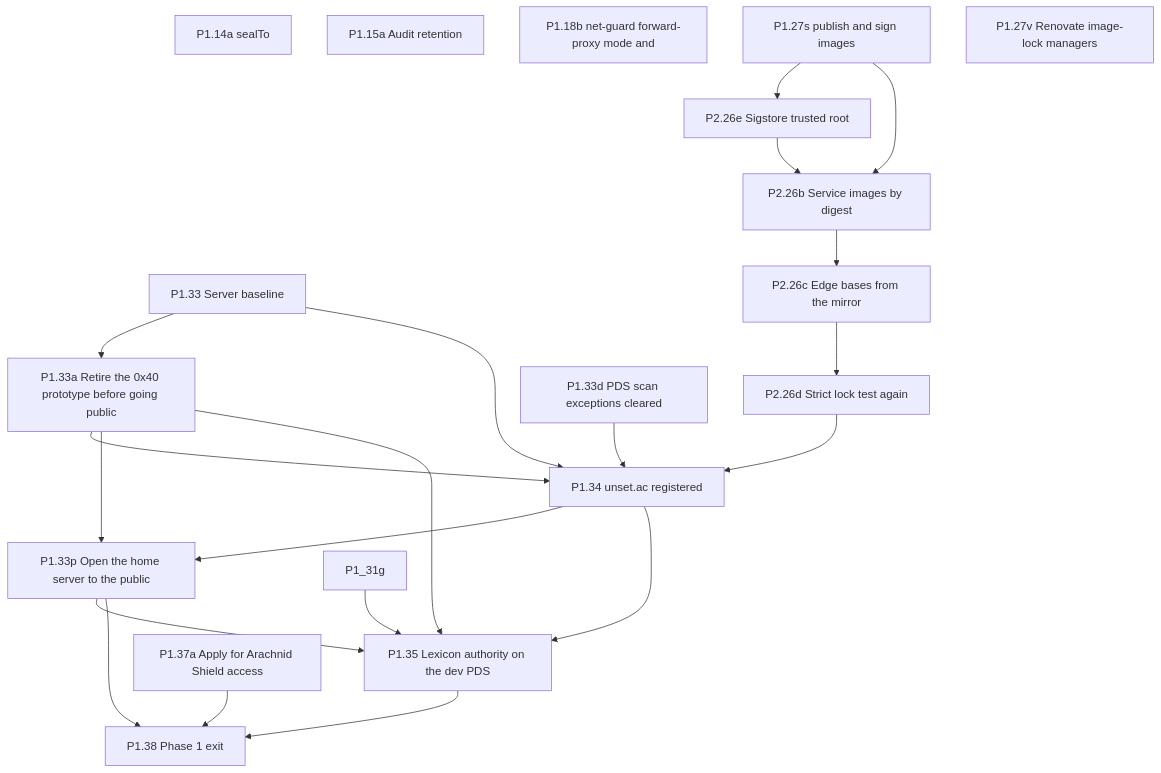
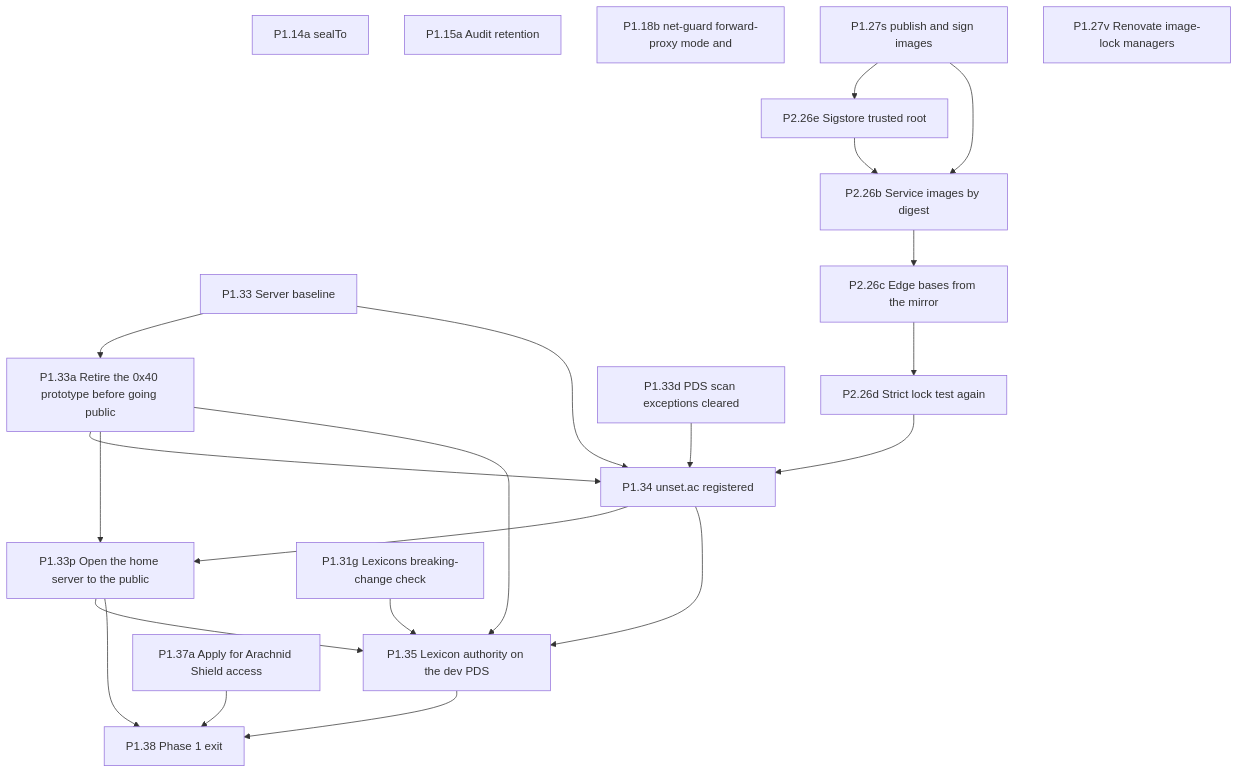
One commit to Undefined6799/unset changed the fourth of 11 diagrams in docs/ai/book/01-outline.md. Above: the diagram before and after it, drawn with Mermaid. The commit also changed 2 other files, not shown here.

Commit message:
P0.09 Apply the verify-910 wording patch
verify-910-a686fe0 S4, S5 and nits: P1.34d item 11's record pointer and
exact env folder, SE-7a (b)'s product-value wording, P1.35m's prod
message, P1.31g's graph node and Depends, and the 04:10Z source title
(/mnt/project-files/unset-plan/verify/verify-910-a686fe0-wording.patch).

Claude-Session: https://claude.ai/code/session_01911Gttax16V3TwYGscDify

````diff
--- a/docs/ai/book/01-outline.md
+++ b/docs/ai/book/01-outline.md
@@ -1291,39 +1291,40 @@
 ```mermaid
 flowchart TD
   P1_14a["P1.14a sealTo"]
   P1_15a["P1.15a Audit retention"]
   P1_18b["P1.18b net-guard forward-proxy mode and"]
   P1_33["P1.33 Server baseline"]
   P1_33a["P1.33a Retire the 0x40 prototype before going public"]
   P1_33p["P1.33p Open the home server to the public"]
   P2_26e["P2.26e Sigstore trusted root"]
   P2_26b["P2.26b Service images by digest"]
   P2_26c["P2.26c Edge bases from the mirror"]
   P2_26d["P2.26d Strict lock test again"]
   P1_33d["P1.33d PDS scan exceptions cleared"]
   P1_34["P1.34 unset.ac registered"]
   P1_35["P1.35 Lexicon authority on the dev PDS"]
+  P1_31g["P1.31g Lexicons breaking-change check"]
   P1_27s["P1.27s publish and sign images"]
   P1_27v["P1.27v Renovate image-lock managers"]
   P1_37a["P1.37a Apply for Arachnid Shield access"]
   P1_38["P1.38 Phase 1 exit"]
   P1_33 --> P1_33a
   P1_33 --> P1_34
   P1_33a --> P1_34
   P1_33d --> P1_34
   P1_27s --> P2_26e
   P2_26e --> P2_26b
   P1_27s --> P2_26b
   P2_26b --> P2_26c
   P2_26c --> P2_26d
   P2_26d --> P1_34
   P1_34 --> P1_33p
   P1_33a --> P1_33p
   P1_33p --> P1_35
   P1_33a --> P1_35
   P1_33p --> P1_38
   P1_31g --> P1_35
   P1_34 --> P1_35
   P1_35 --> P1_38
   P1_37a --> P1_38
 ```
````
